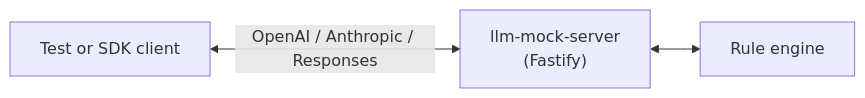
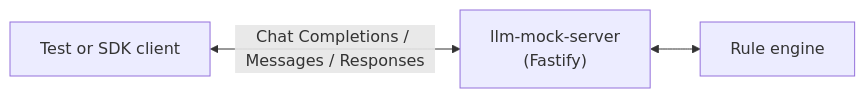
Before and after one commit to theblixguy/llm-mock-server: the first of 2 diagrams in docs/ARCHITECTURE.md, drawn with Mermaid. The commit also changed other lines of this file and 11 other files, not shown here.

````diff
--- a/docs/ARCHITECTURE.md
+++ b/docs/ARCHITECTURE.md
@@ -5,9 +5,9 @@
 ```mermaid
 flowchart LR
     Client["Test or SDK client"]
     Server["llm-mock-server<br/>(Fastify)"]
     Rules["Rule engine"]
 
-    Client <-->|"OpenAI / Anthropic / Responses"| Server
+    Client <-->|"Chat Completions / Messages / Responses"| Server
     Server <--> Rules
 ```
````
